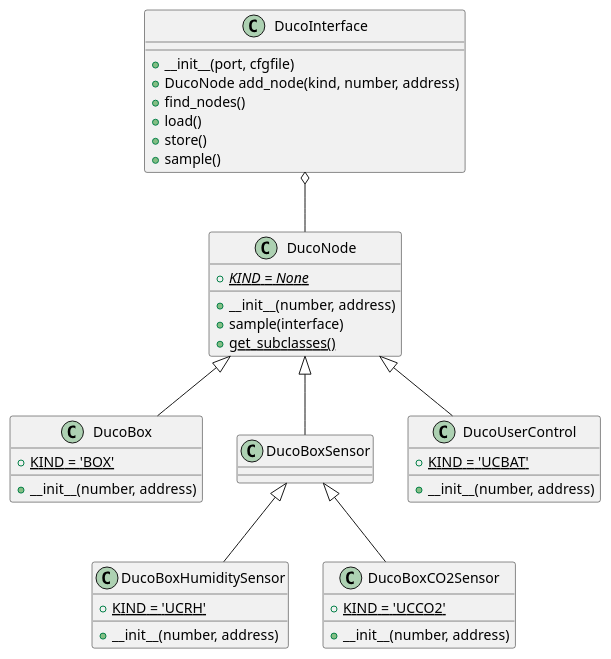
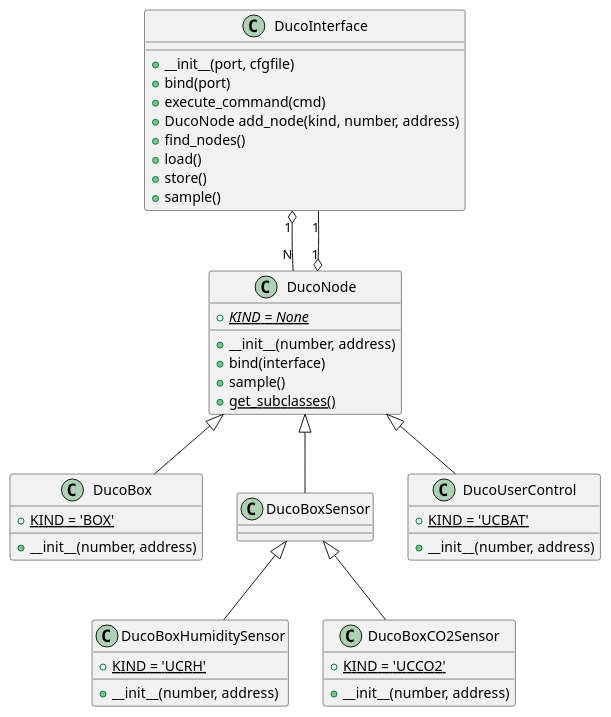
The diagram in docs/design.rst (SteinHeselmans/DucoBox), drawn with PlantUML before and after one commit. The commit also changed 4 other files, not shown here.

Commit message:
Bind interface to node

```diff
--- a/docs/design.rst
+++ b/docs/design.rst
@@ -13,51 +13,55 @@
 .. uml::
 
     @startuml
 
-    DucoInterface o-- DucoNode
+    DucoInterface "1" o-- "N" DucoNode
+    DucoNode "1" o-- "1" DucoInterface
     DucoNode <|-- DucoBox
     DucoNode <|-- DucoBoxSensor
     DucoBoxSensor <|-- DucoBoxHumiditySensor
     DucoBoxSensor <|-- DucoBoxCO2Sensor
     DucoNode <|-- DucoUserControl
 
     class DucoInterface {
         +__init__(port, cfgfile)
+        +bind(port)
+        +execute_command(cmd)
         +DucoNode add_node(kind, number, address)
         +find_nodes()
         +load()
         +store()
         +sample()
     }
 
     class DucoNode {
         +{abstract}{static} KIND = None
         +__init__(number, address)
-        +sample(interface)
+        +bind(interface)
+        +sample()
         +{static}get_subclasses()
     }
 
     class DucoBox {
         +{static} KIND = 'BOX'
         +__init__(number, address)
     }
 
     class DucoBoxSensor {
     }
 
     class DucoBoxHumiditySensor {
         +{static} KIND = 'UCRH'
         +__init__(number, address)
     }
 
     class DucoBoxCO2Sensor {
         +{static} KIND = 'UCCO2'
         +__init__(number, address)
     }
 
     class DucoUserControl {
         +{static} KIND = 'UCBAT'
         +__init__(number, address)
     }
 
     @enduml
```
